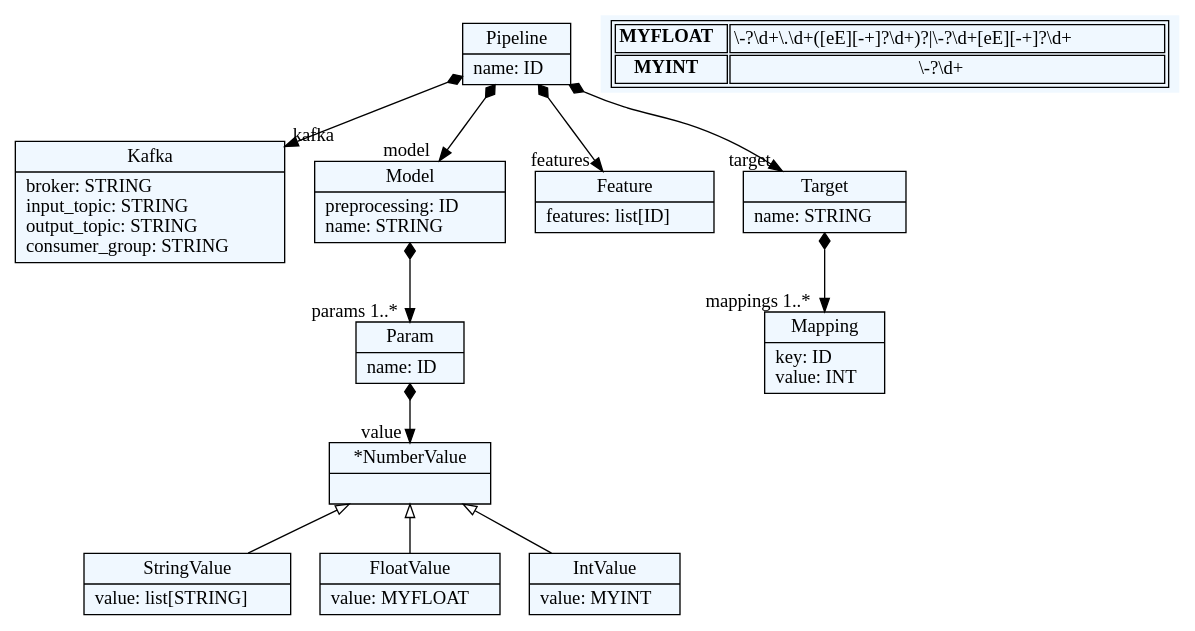
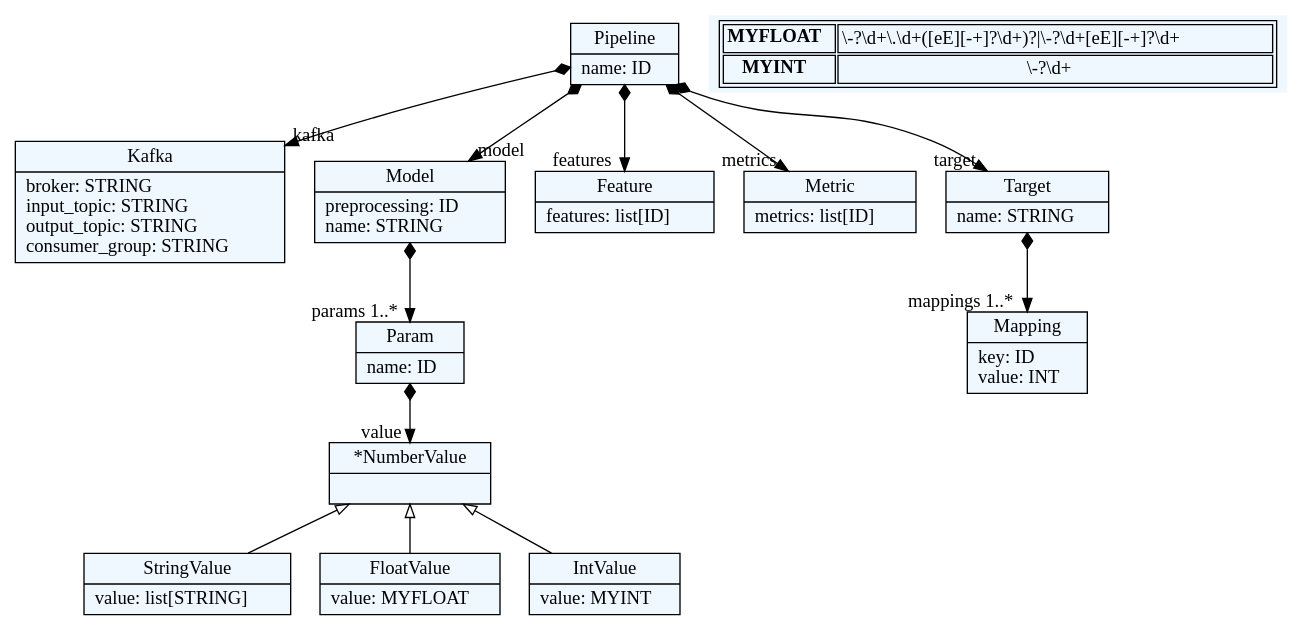
One commit to deepblue597/beaver changed the diagram in wikimedia_dsl/jsl.dot. Above: the diagram before and after it, drawn with Graphviz. The commit also changed 5 other files, not shown here.

```diff
--- a/wikimedia_dsl/jsl.dot
+++ b/wikimedia_dsl/jsl.dot
@@ -1,58 +1,61 @@
 
     digraph textX {
     fontname = "Bitstream Vera Sans"
     fontsize = 8
     node[
         shape=record,
         style=filled,
         fillcolor=aliceblue
     ]
     nodesep = 0.3
     edge[dir=black,arrowtail=empty]
 
 
-131787765719712[ label="{Pipeline|name: ID\l}"]
+134839765924992[ label="{Pipeline|name: ID\l}"]
 
-131787765724512[ label="{Kafka|broker: STRING\linput_topic: STRING\loutput_topic: STRING\lconsumer_group: STRING\l}"]
+134839765925040[ label="{Kafka|broker: STRING\linput_topic: STRING\loutput_topic: STRING\lconsumer_group: STRING\l}"]
 
-131787765725424[ label="{Model|preprocessing: ID\lname: STRING\l}"]
+134839765920432[ label="{Model|preprocessing: ID\lname: STRING\l}"]
 
-131787765724464[ label="{Param|name: ID\l}"]
+134839765918176[ label="{Param|name: ID\l}"]
 
-131787765721680[ label="{*NumberValue|}"]
+134839766015040[ label="{*NumberValue|}"]
 
-131787765794864[ label="{StringValue|value: list[STRING]\l}"]
+134839766010144[ label="{StringValue|value: list[STRING]\l}"]
 
-131787765793088[ label="{FloatValue|value: MYFLOAT\l}"]
+134839766012064[ label="{FloatValue|value: MYFLOAT\l}"]
 
-131787765792992[ label="{IntValue|value: MYINT\l}"]
+134839767629312[ label="{IntValue|value: MYINT\l}"]
 
-131787765794816[ label="{Feature|features: list[ID]\l}"]
+134839766014368[ label="{Feature|features: list[ID]\l}"]
 
-131787765799136[ label="{Target|name: STRING\l}"]
+134839766010624[ label="{Metric|metrics: list[ID]\l}"]
 
-131787765797888[ label="{Mapping|key: ID\lvalue: INT\l}"]
+134839766011104[ label="{Target|name: STRING\l}"]
+
+134839766011584[ label="{Mapping|key: ID\lvalue: INT\l}"]
 
 
 
-131787765719712 -> 131787765724512[arrowtail=diamond, dir=both, headlabel="kafka "]
-131787765719712 -> 131787765725424[arrowtail=diamond, dir=both, headlabel="model "]
-131787765719712 -> 131787765794816[arrowtail=diamond, dir=both, headlabel="features "]
-131787765719712 -> 131787765799136[arrowtail=diamond, dir=both, headlabel="target "]
-131787765725424 -> 131787765724464[arrowtail=diamond, dir=both, headlabel="params 1..*"]
-131787765724464 -> 131787765721680[arrowtail=diamond, dir=both, headlabel="value "]
-131787765721680 -> 131787765793088 [dir=back]
-131787765721680 -> 131787765792992 [dir=back]
-131787765721680 -> 131787765794864 [dir=back]
-131787765799136 -> 131787765797888[arrowtail=diamond, dir=both, headlabel="mappings 1..*"]
+134839765924992 -> 134839765925040[arrowtail=diamond, dir=both, headlabel="kafka "]
+134839765924992 -> 134839765920432[arrowtail=diamond, dir=both, headlabel="model "]
+134839765924992 -> 134839766014368[arrowtail=diamond, dir=both, headlabel="features "]
+134839765924992 -> 134839766010624[arrowtail=diamond, dir=both, headlabel="metrics "]
+134839765924992 -> 134839766011104[arrowtail=diamond, dir=both, headlabel="target "]
+134839765920432 -> 134839765918176[arrowtail=diamond, dir=both, headlabel="params 1..*"]
+134839765918176 -> 134839766015040[arrowtail=diamond, dir=both, headlabel="value "]
+134839766015040 -> 134839766012064 [dir=back]
+134839766015040 -> 134839767629312 [dir=back]
+134839766015040 -> 134839766010144 [dir=back]
+134839766011104 -> 134839766011584[arrowtail=diamond, dir=both, headlabel="mappings 1..*"]
 match_rules [ shape=plaintext, label=< <table>
 	<tr>
 		<td><b>MYFLOAT</b></td><td>\-?\d+\.\d+([eE][-+]?\d+)?|\-?\d+[eE][-+]?\d+</td>
 	</tr>
 	<tr>
 		<td><b>MYINT</b></td><td>\-?\d+</td>
 	</tr>
 </table> >]
 
 
 }
```
